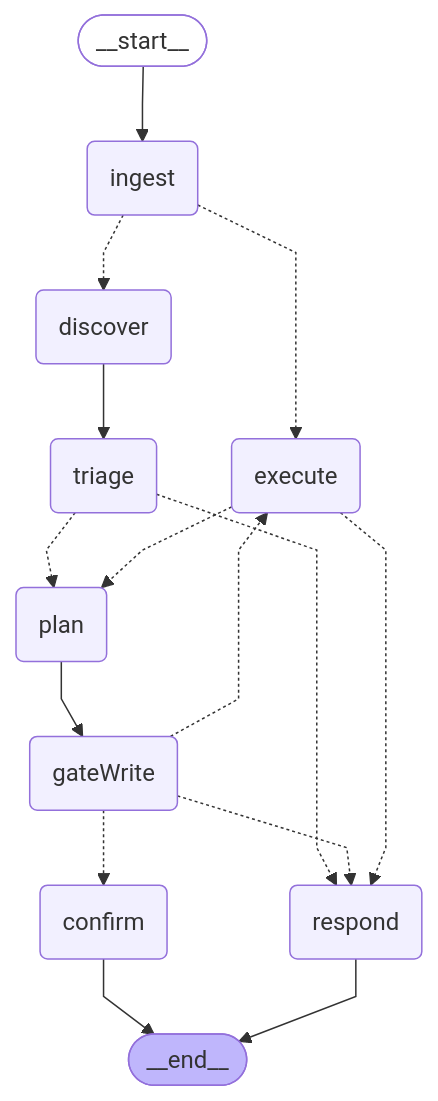
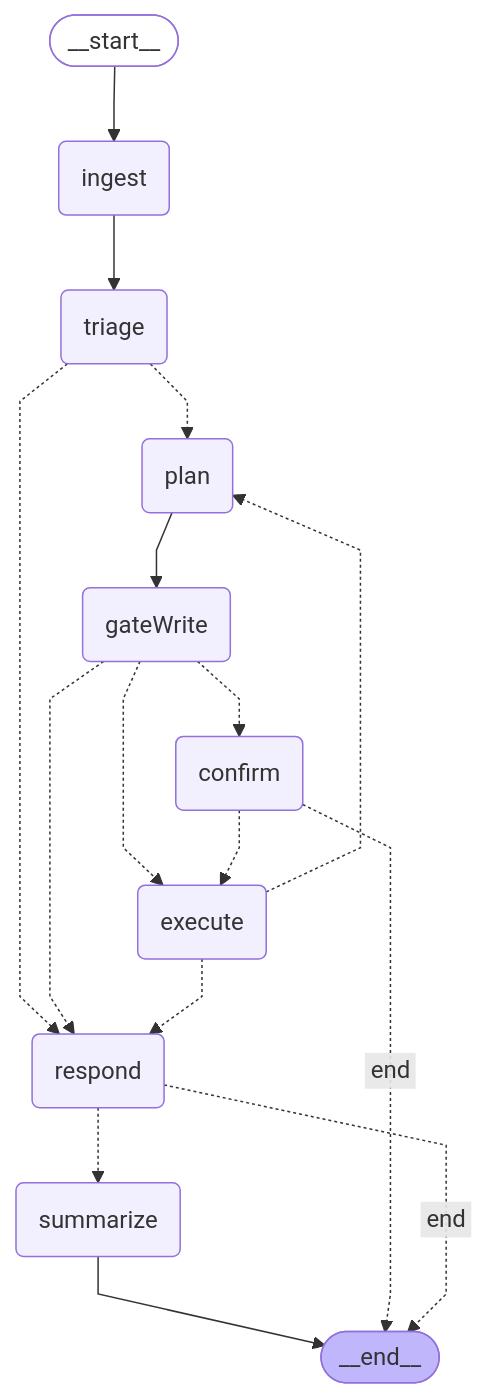
The diagram in slices/LANGGRAPH_ARCHITECTURE.md (harris357/cip-platform), drawn with Mermaid before and after one commit. The commit also changed other lines of this file and 2 other files, not shown here.

First line of the commit message:
fix(/turn): pending suffix for null trace cost; refresh LANGGRAPH_ARCHITECTURE.md

````diff
--- a/slices/LANGGRAPH_ARCHITECTURE.md
+++ b/slices/LANGGRAPH_ARCHITECTURE.md
@@ -9,31 +9,32 @@
 ```mermaid
 %%{init: {'flowchart': {'curve': 'linear'}}}%%
 graph TD;
 	__start__([<p>__start__</p>]):::first
 	ingest(ingest)
-	discover(discover)
 	triage(triage)
 	plan(plan)
 	gateWrite(gateWrite)
 	confirm(confirm)
 	execute(execute)
 	respond(respond)
+	summarize(summarize)
 	__end__([<p>__end__</p>]):::last
 	__start__ --> ingest;
-	confirm --> __end__;
-	discover --> triage;
+	ingest --> triage;
 	plan --> gateWrite;
-	respond --> __end__;
-	ingest -.-> execute;
-	ingest -.-> discover;
+	summarize --> __end__;
 	triage -.-> respond;
 	triage -.-> plan;
 	gateWrite -.-> confirm;
 	gateWrite -.-> execute;
 	gateWrite -.-> respond;
 	execute -.-> plan;
 	execute -.-> respond;
+	confirm -.-> execute;
+	confirm -. &nbsp;end&nbsp; .-> __end__;
+	respond -.-> summarize;
+	respond -. &nbsp;end&nbsp; .-> __end__;
 	classDef default fill:#f2f0ff,line-height:1.2;
 	classDef first fill-opacity:0;
 	classDef last fill:#bfb6fc;
 ```
````
